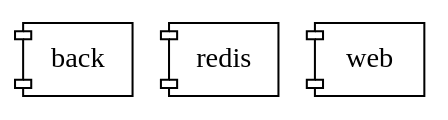
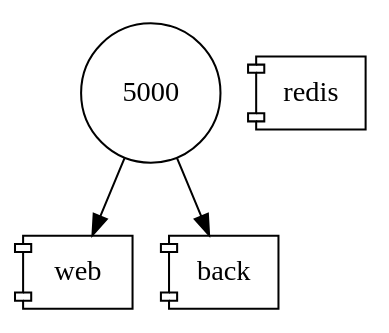
Before and after one commit to victorsalaun/docker-compose-visualizer: the diagram in examples/docker-compose.dot, drawn with Graphviz. The commit also changed 3 other files, not shown here.

```diff
--- a/examples/docker-compose.dot
+++ b/examples/docker-compose.dot
@@ -1,6 +1,9 @@
-digraph  {
-	back [ label=back, shape=component ];
-	redis [ label=redis, shape=component ];
-	web [ label=web, shape=component ];
+digraph docker_compose {
+	5000:5000->web;
+	5000:5000->back;
+	5000:5000 [ shape=circle ];
+	back [ shape=component ];
+	redis [ shape=component ];
+	web [ shape=component ];
 
 }
```
